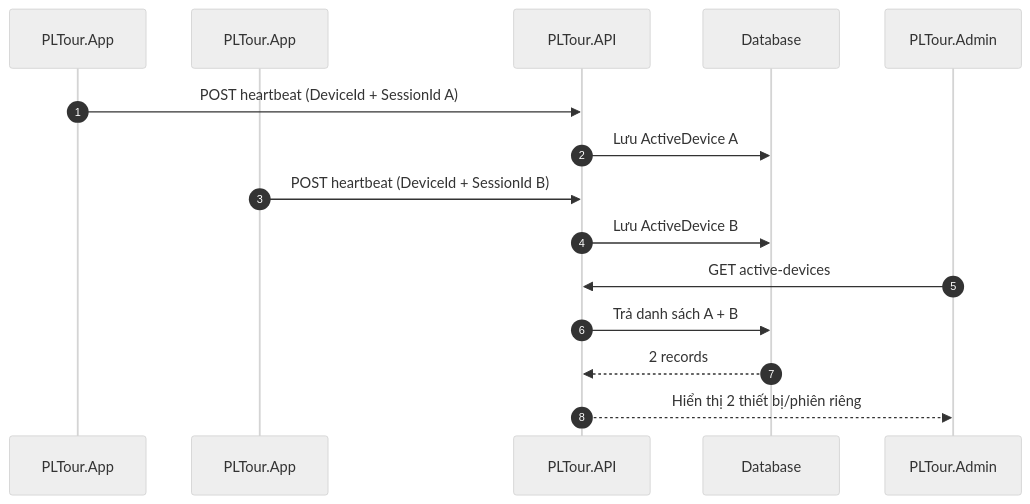
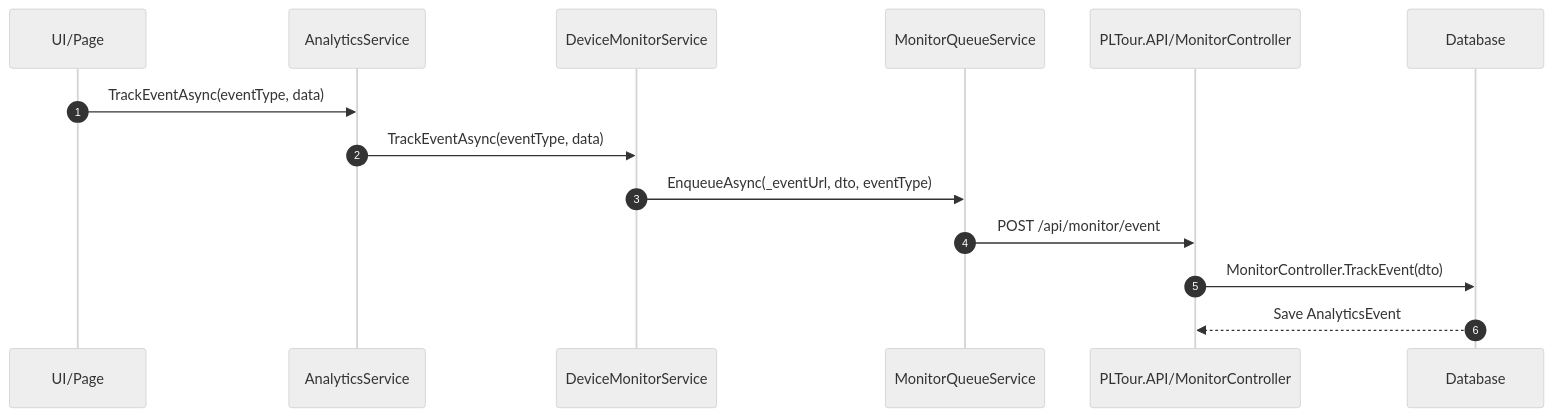
The eighth of 35 diagrams in PRD_PLTour.md (Hantieus/PL-Tour), drawn with Mermaid (neutral theme) before and after one commit. The commit also changed other lines of this file, not shown here.

````diff
--- a/PRD_PLTour.md
+++ b/PRD_PLTour.md
@@ -346,18 +310,17 @@
 ```mermaid
 sequenceDiagram
   autonumber
-  participant App1 as PLTour.App #1
-  participant App2 as PLTour.App #2
-  participant API as PLTour.API
+  participant UI as UI/Page
+  participant Ana as AnalyticsService
+  participant DMS as DeviceMonitorService
+  participant MQ as MonitorQueueService
+  participant API as PLTour.API/MonitorController
   participant DB as Database
-  participant ADM as PLTour.Admin
 
-  App1->>API: POST heartbeat (DeviceId + SessionId A)
-  API->>DB: Lưu ActiveDevice A
-  App2->>API: POST heartbeat (DeviceId + SessionId B)
-  API->>DB: Lưu ActiveDevice B
-  ADM->>API: GET active-devices
-  API->>DB: Trả danh sách A + B
-  DB-->>API: 2 records
-  API-->>ADM: Hiển thị 2 thiết bị/phiên riêng
+  UI->>Ana: TrackEventAsync(eventType, data)
+  Ana->>DMS: TrackEventAsync(eventType, data)
+  DMS->>MQ: EnqueueAsync(_eventUrl, dto, eventType)
+  MQ->>API: POST /api/monitor/event
+  API->>DB: MonitorController.TrackEvent(dto)
+  DB-->>API: Save AnalyticsEvent
 ```
````
